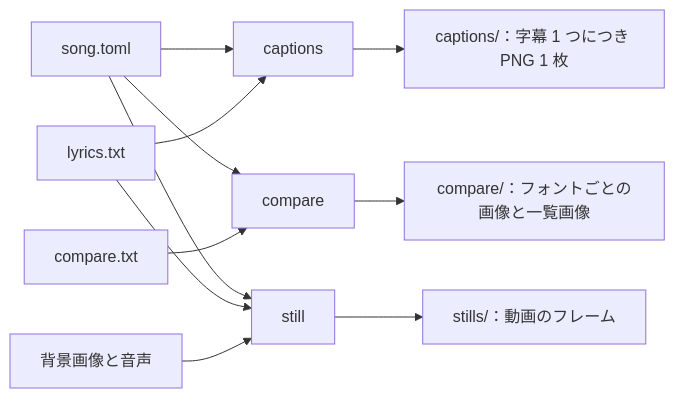
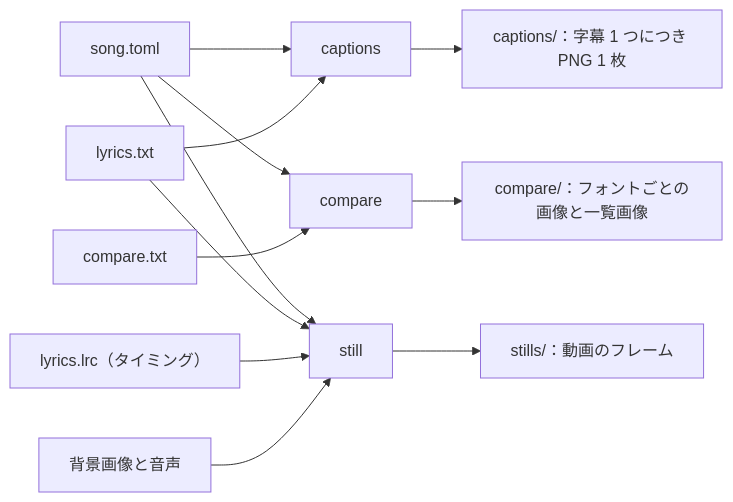
Before and after one commit to musica-sanare/lyrics-video-app: the diagram in docs/ja/USER_GUIDE.md, drawn with Mermaid. The commit also changed other lines of this file and 16 other files, not shown here.

````diff
--- a/docs/ja/USER_GUIDE.md
+++ b/docs/ja/USER_GUIDE.md
@@ -13,20 +13,22 @@
 ```mermaid
 flowchart LR
   song["song.toml"]
   lyrics["lyrics.txt"]
+  timing["lyrics.lrc（タイミング）"]
   comparetxt["compare.txt"]
   media["背景画像と音声"]
   captions["captions"]
   compare["compare"]
   still["still"]
   outCaptions["captions/：字幕 1 つにつき PNG 1 枚"]
   outCompare["compare/：フォントごとの画像と一覧画像"]
   outStills["stills/：動画のフレーム"]
   song --> captions & compare & still
   lyrics --> captions & still
+  timing --> still
   comparetxt --> compare
   media --> still
   captions --> outCaptions
   compare --> outCompare
   still --> outStills
 ```
````
